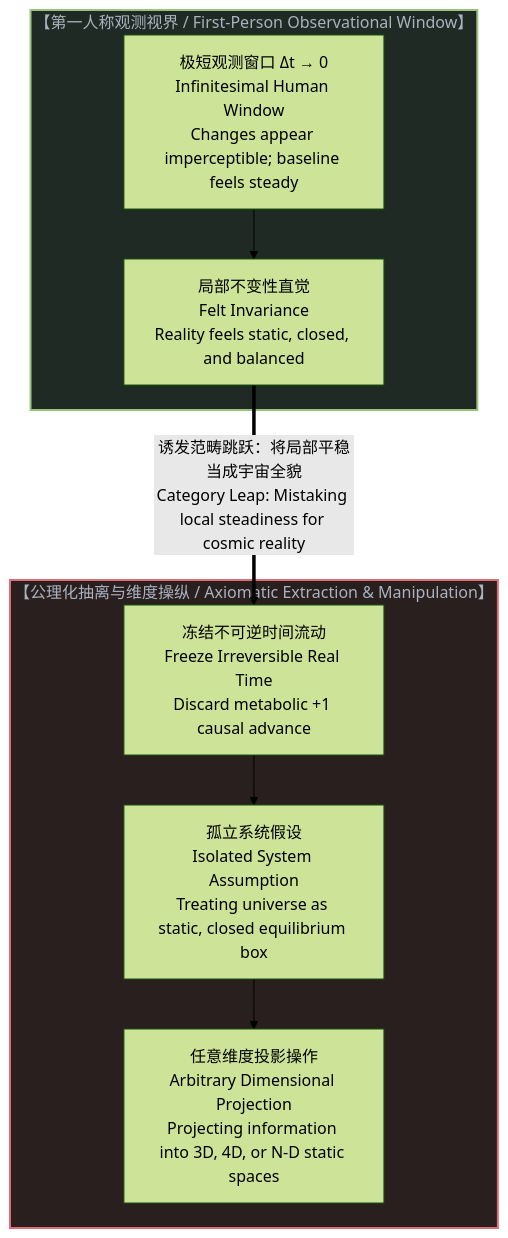
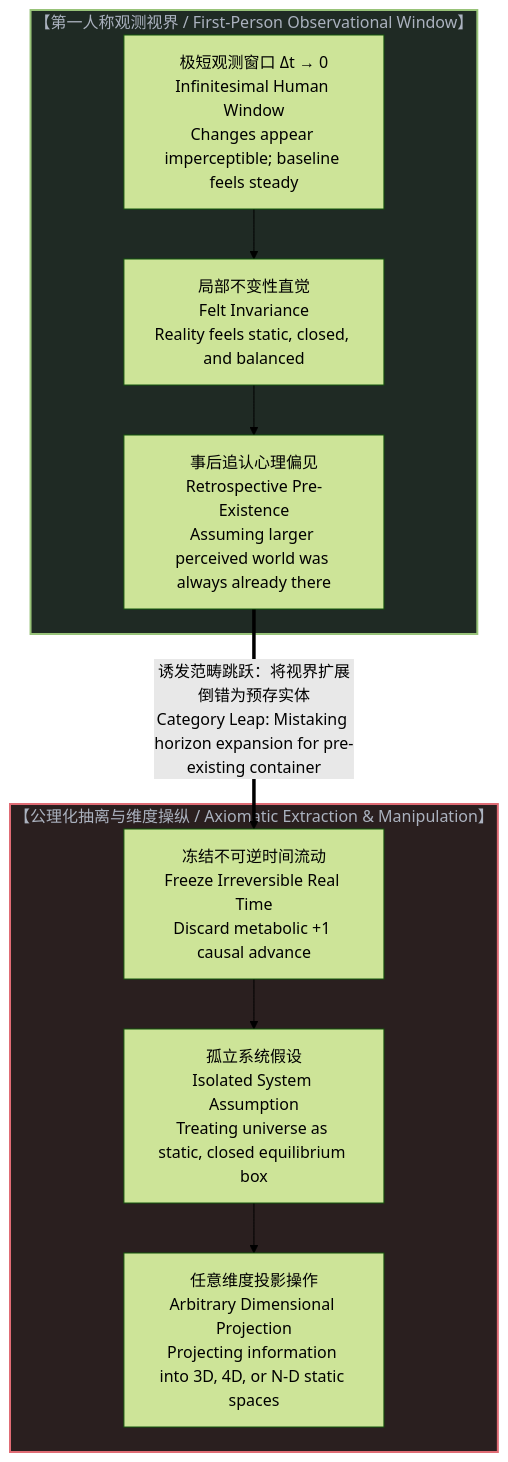
One commit to powerpig99/not-a-toe changed the first of 6 diagrams in content/posts/the-black-and-white-sample-frame-and-the-extrapolated-universe.md. Above: the diagram before and after it, drawn with Mermaid (forest theme). The commit also changed other lines of this file and 3 other files, not shown here.

Commit message:
Integrate psychological illusion of retrospective pre-existence into post 299

````diff
--- a/content/posts/the-black-and-white-sample-frame-and-the-extrapolated-universe.md
+++ b/content/posts/the-black-and-white-sample-frame-and-the-extrapolated-universe.md
@@ -13,21 +17,23 @@
 ```mermaid
 graph TD
     subgraph NaturalPerception["【第一人称观测视界 / First-Person Observational Window】"]
         DeltaT["极短观测窗口 Δt → 0<br>Infinitesimal Human Window<br>Changes appear imperceptible; baseline feels steady"]
         FeltInvariance["局部不变性直觉<br>Felt Invariance<br>Reality feels static, closed, and balanced"]
+        PsychologicalProjection["事后追认心理偏见<br>Retrospective Pre-Existence<br>Assuming larger perceived world was always already there"]
         DeltaT --> FeltInvariance
+        FeltInvariance --> PsychologicalProjection
     end
 
     subgraph MathematicalAbstraction["【公理化抽离与维度操纵 / Axiomatic Extraction & Manipulation】"]
         FreezeTime["冻结不可逆时间流动<br>Freeze Irreversible Real Time<br>Discard metabolic +1 causal advance"]
         IsolatedAssumption["孤立系统假设<br>Isolated System Assumption<br>Treating universe as static, closed equilibrium box"]
         DimensionalExtrusion["任意维度投影操作<br>Arbitrary Dimensional Projection<br>Projecting information into 3D, 4D, or N-D static spaces"]
         FreezeTime --> IsolatedAssumption
         IsolatedAssumption --> DimensionalExtrusion
     end
 
-    FeltInvariance ==>|"诱发范畴跳跃：将局部平稳当成宇宙全貌<br>Category Leap: Mistaking local steadiness for cosmic reality"| FreezeTime
+    PsychologicalProjection ==>|"诱发范畴跳跃：将视界扩展倒错为预存实体<br>Category Leap: Mistaking horizon expansion for pre-existing container"| FreezeTime
 
     style NaturalPerception fill:#1f2a24,stroke:#98c379,stroke-width:2px,color:#abb2bf
     style MathematicalAbstraction fill:#2a1f1f,stroke:#e06c75,stroke-width:2px,color:#abb2bf
 ```
````
